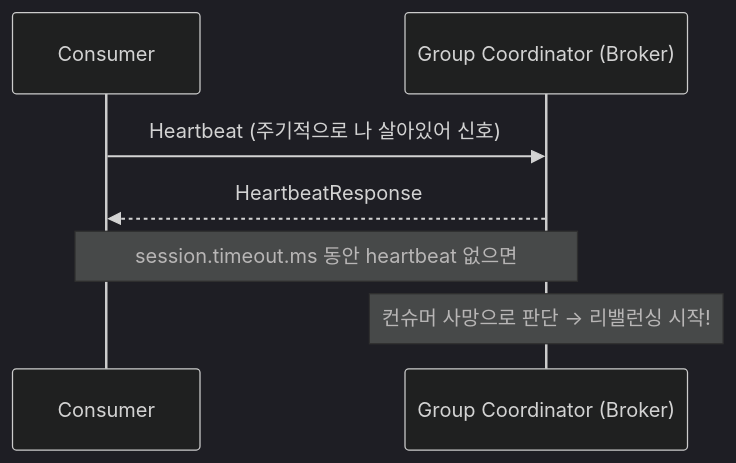
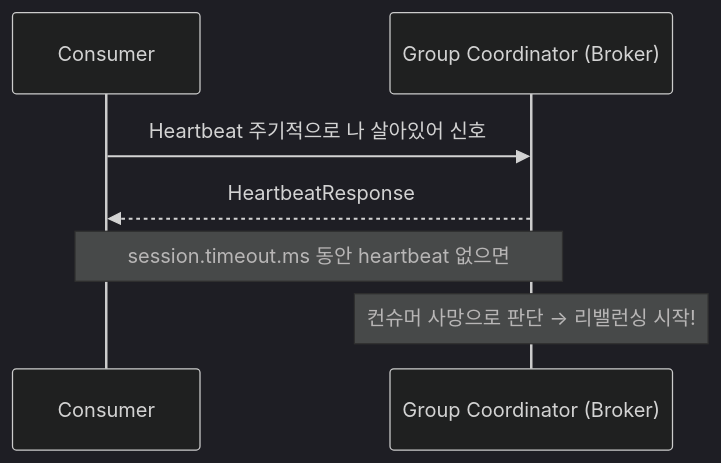
The seventh of 21 diagrams in _posts/kafka/2026-05-01-kafka-internals.md (yjkim2015/yjkim2015.github.io), drawn with Mermaid (dark theme) before and after one commit. The commit also changed other lines of this file and 85 other files, not shown here.

First line of the commit message:
sequenceDiagram 문법 에러 2차 수정 169개 (86파일)

````diff
--- a/_posts/kafka/2026-05-01-kafka-internals.md
+++ b/_posts/kafka/2026-05-01-kafka-internals.md
@@ -188,9 +188,9 @@
 ```mermaid
 sequenceDiagram
     participant C as Consumer
     participant GC as Group Coordinator (Broker)
-    C->>GC: Heartbeat (주기적으로 나 살아있어 신호)
+    C->>GC: Heartbeat 주기적으로 나 살아있어 신호
     GC-->>C: HeartbeatResponse
     Note over C,GC: session.timeout.ms 동안 heartbeat 없으면
     Note over GC: 컨슈머 사망으로 판단 → 리밸런싱 시작!
 ```
````
